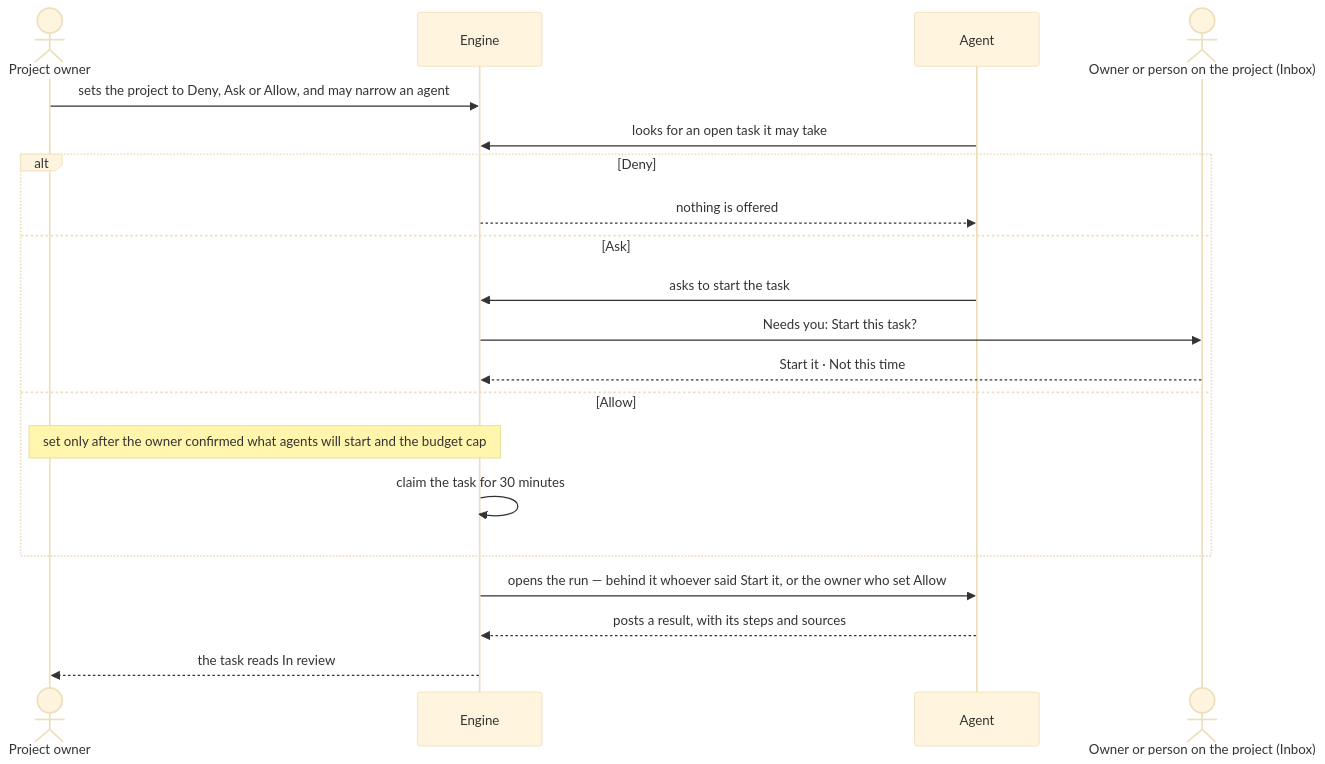
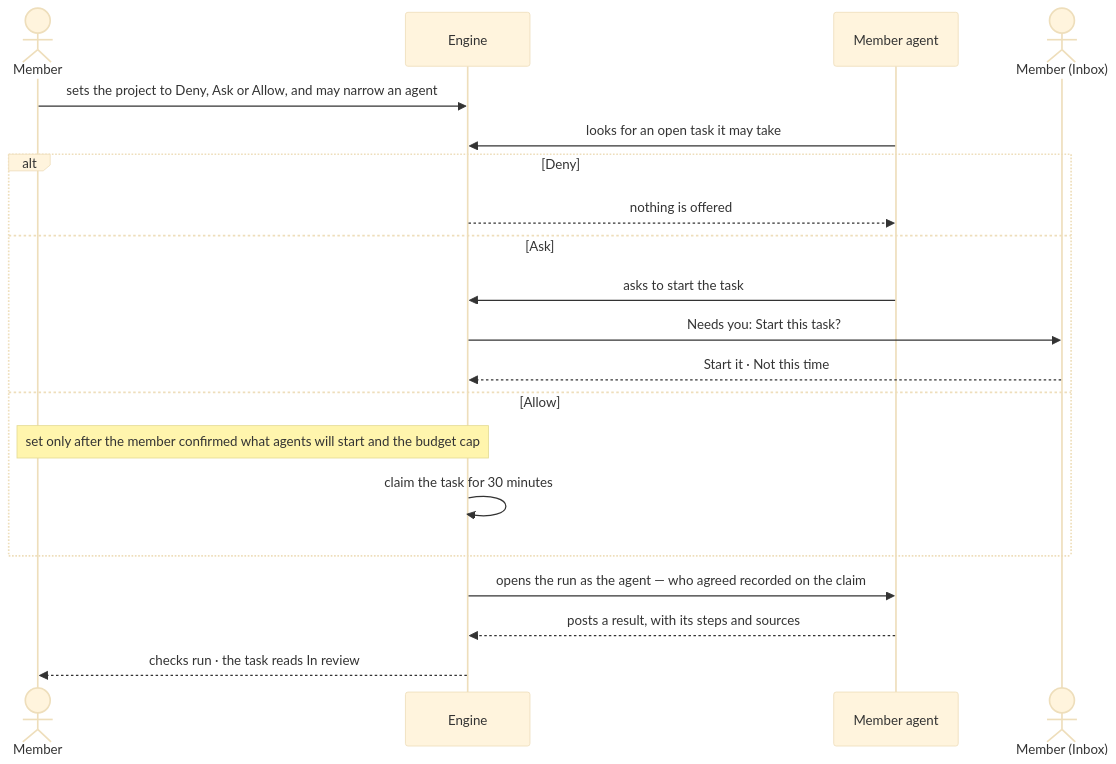
Before and after one commit to invana/invana: the second of 2 diagrams in specs/capabilities/projects/features/PJ-F01-projects-and-tasks/stories/PJ-15-let-agents-pick-up-tasks-by-hand-by-asking-or-on-their-own/story.md, drawn with Mermaid (base theme). The commit also changed other lines of this file and 300 other files, not shown here.

````diff
--- a/specs/capabilities/projects/features/PJ-F01-projects-and-tasks/stories/PJ-15-let-agents-pick-up-tasks-by-hand-by-asking-or-on-their-own/story.md
+++ b/specs/capabilities/projects/features/PJ-F01-projects-and-tasks/stories/PJ-15-let-agents-pick-up-tasks-by-hand-by-asking-or-on-their-own/story.md
@@ -55,22 +56,22 @@
 ```mermaid
 sequenceDiagram
-  actor O as Project owner
+  actor M as Member
   participant E as Engine
-  participant A as Agent
-  actor D as Owner or person on the project (Inbox)
-  O->>E: sets the project to Deny, Ask or Allow, and may narrow an agent
+  participant A as Member agent
+  actor D as Member (Inbox)
+  M->>E: sets the project to Deny, Ask or Allow, and may narrow an agent
   A->>E: looks for an open task it may take
   alt Deny
     E-->>A: nothing is offered
   else Ask
     A->>E: asks to start the task
     E->>D: Needs you: Start this task?
     D-->>E: Start it · Not this time
   else Allow
-    Note over O,E: set only after the owner confirmed what agents will start and the budget cap
+    Note over M,E: set only after the member confirmed what agents will start and the budget cap
     E->>E: claim the task for 30 minutes
   end
-  E->>A: opens the run — behind it whoever said Start it, or the owner who set Allow
+  E->>A: opens the run as the agent — who agreed recorded on the claim
   A-->>E: posts a result, with its steps and sources
-  E-->>O: the task reads In review
+  E-->>M: checks run · the task reads In review
 ```
````
